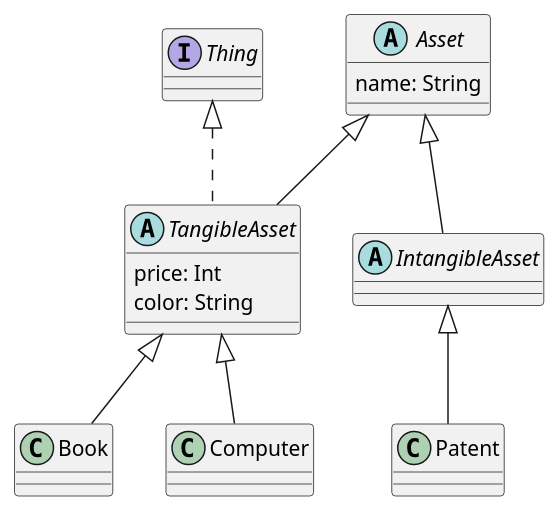
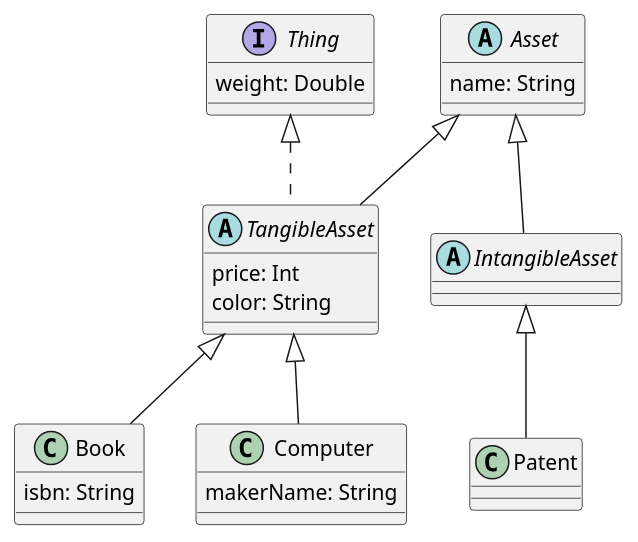
Before and after one commit to SurvivalCodingCampus/gangnam2_kotlin_study: the diagram in src/main/kotlin/com/ezlevup/my/exercise2/asset.puml, drawn with PlantUML.

Commit message:
feat: class diagram 수정.

```diff
--- a/src/main/kotlin/com/ezlevup/my/exercise2/asset.puml
+++ b/src/main/kotlin/com/ezlevup/my/exercise2/asset.puml
@@ -1,25 +1,31 @@
 @startuml
 'https://plantuml.com/class-diagram
 
-interface Thing
+interface Thing {
+    weight: Double
+}
 
 abstract class Asset {
     name: String
 }
 
 abstract class TangibleAsset extends Asset implements Thing {
     price: Int
     color: String
 }
 
 abstract class IntangibleAsset extends Asset
 
-class Book extends TangibleAsset
+class Book extends TangibleAsset {
+    isbn: String
+}
 
-class Computer extends TangibleAsset
+class Computer extends TangibleAsset {
+    makerName: String
+}
 
 class Patent extends IntangibleAsset
 
 
 
 @enduml
```
